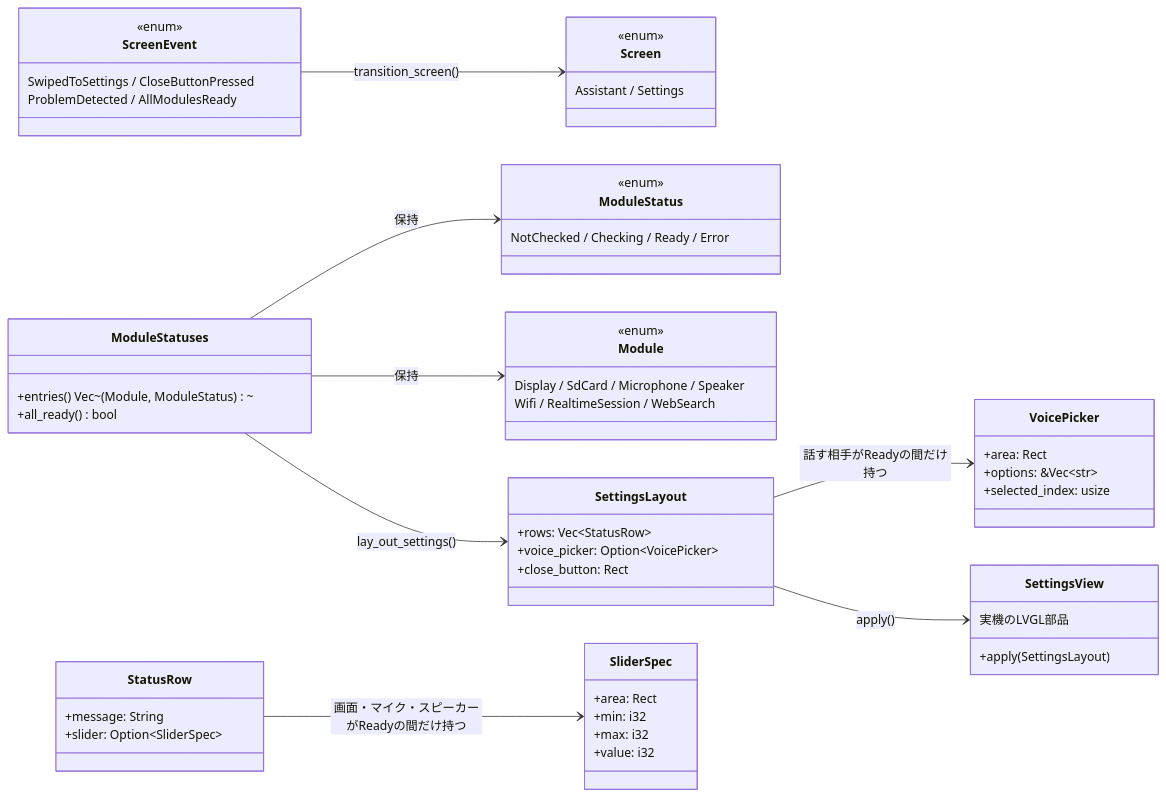
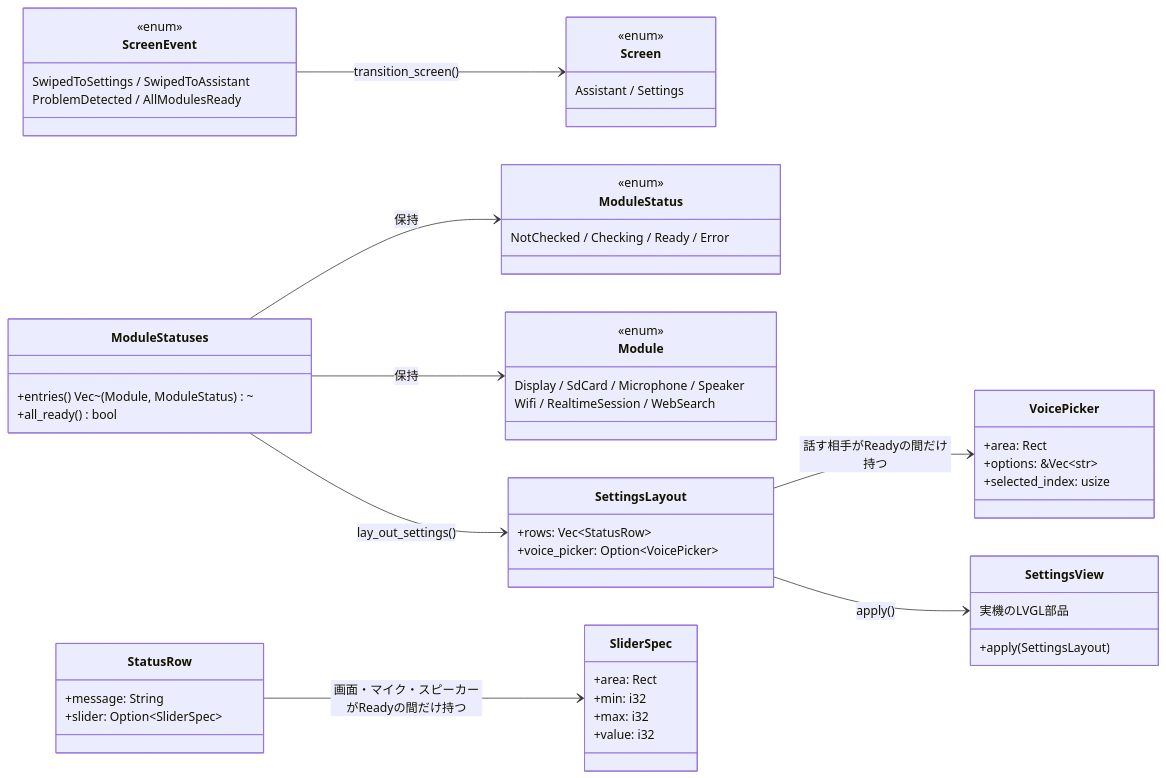
Before and after one commit to kibou-vision/m5a: the diagram in docs/design/settings.md, drawn with Mermaid. The commit also changed other lines of this file and 9 other files, not shown here.

````diff
--- a/docs/design/settings.md
+++ b/docs/design/settings.md
@@ -7,69 +7,68 @@
 ```mermaid
 classDiagram
   direction LR
 
   class Screen {
     <<enum>>
     Assistant / Settings
   }
 
   class ScreenEvent {
     <<enum>>
-    SwipedToSettings / CloseButtonPressed
+    SwipedToSettings / SwipedToAssistant
     ProblemDetected / AllModulesReady
   }
 
   class Module {
     <<enum>>
     Display / SdCard / Microphone / Speaker
     Wifi / RealtimeSession / WebSearch
   }
 
   class ModuleStatus {
     <<enum>>
     NotChecked / Checking / Ready / Error
   }
 
   class ModuleStatuses {
     +entries() Vec~(Module, ModuleStatus)~
     +all_ready() bool
   }
 
   class StatusRow {
     +message: String
     +slider: Option~SliderSpec~
   }
 
   class SliderSpec {
     +area: Rect
     +min: i32
     +max: i32
     +value: i32
   }
 
   class VoicePicker {
     +area: Rect
     +options: &Vec~str~
     +selected_index: usize
   }
 
   class SettingsLayout {
     +rows: Vec~StatusRow~
     +voice_picker: Option~VoicePicker~
-    +close_button: Rect
   }
 
   StatusRow --> SliderSpec : 画面・マイク・スピーカーがReadyの間だけ持つ
   SettingsLayout --> VoicePicker : 話す相手がReadyの間だけ持つ
 
   class SettingsView {
     実機のLVGL部品
     +apply(SettingsLayout)
   }
 
   ModuleStatuses --> ModuleStatus : 保持
   ModuleStatuses --> Module : 保持
   ModuleStatuses --> SettingsLayout : lay_out_settings()
   SettingsLayout --> SettingsView : apply()
   ScreenEvent --> Screen : transition_screen()
 ```
````
